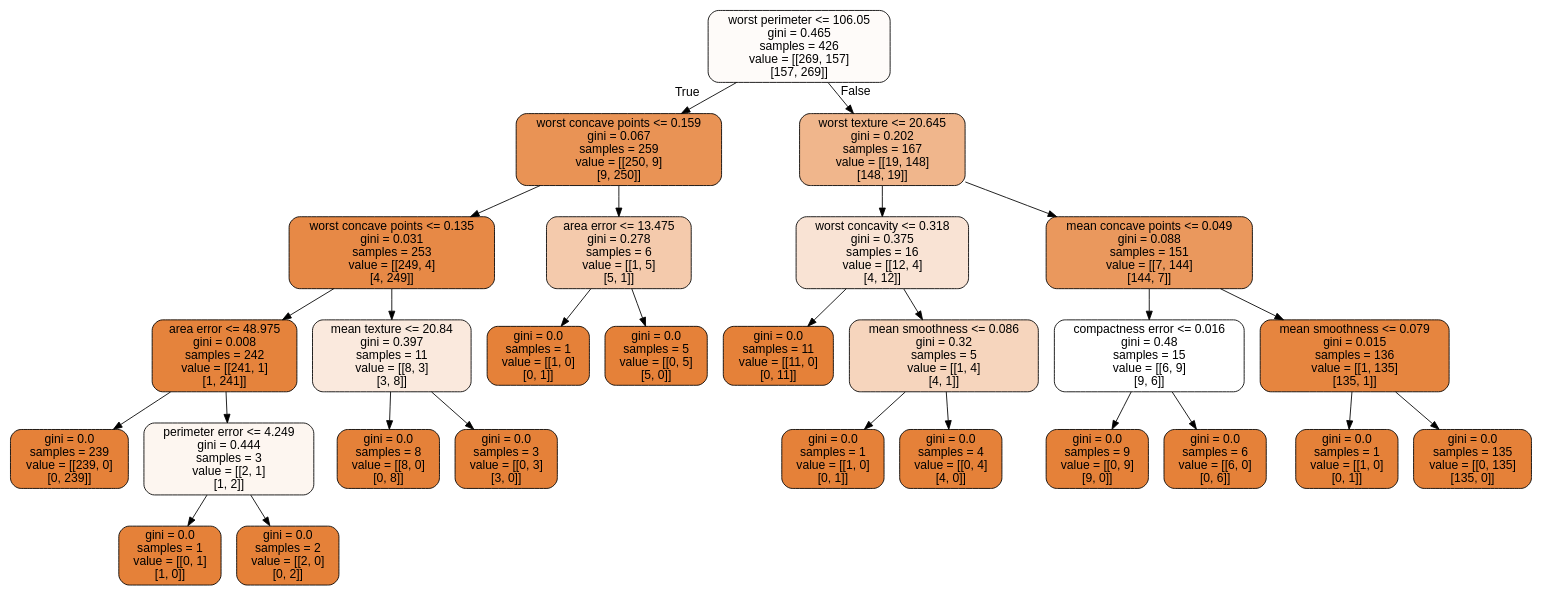
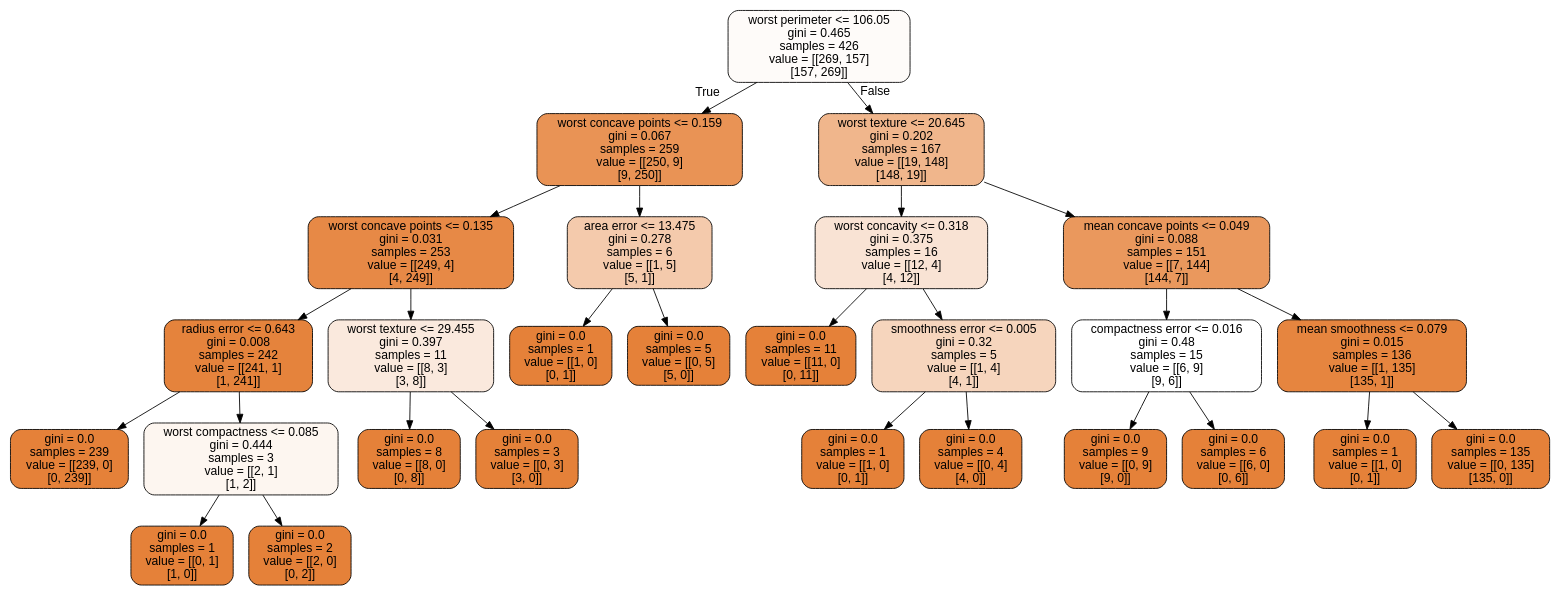
The diagram in doc/pub/week44/ipynb/Datafiles/cancer.dot (CompPhysics/MachineLearning), drawn with Graphviz before and after one commit. The commit also changed 14 other files, not shown here.

```diff
--- a/doc/pub/week44/ipynb/Datafiles/cancer.dot
+++ b/doc/pub/week44/ipynb/Datafiles/cancer.dot
@@ -1,57 +1,57 @@
 digraph Tree {
 node [shape=box, style="filled, rounded", color="black", fontname="helvetica"] ;
 edge [fontname="helvetica"] ;
 0 [label="worst perimeter <= 106.05\ngini = 0.465\nsamples = 426\nvalue = [[269, 157]\n[157, 269]]", fillcolor="#fefbf9"] ;
 1 [label="worst concave points <= 0.159\ngini = 0.067\nsamples = 259\nvalue = [[250, 9]\n[9, 250]]", fillcolor="#e99355"] ;
 0 -> 1 [labeldistance=2.5, labelangle=45, headlabel="True"] ;
 2 [label="worst concave points <= 0.135\ngini = 0.031\nsamples = 253\nvalue = [[249, 4]\n[4, 249]]", fillcolor="#e78946"] ;
 1 -> 2 ;
-3 [label="area error <= 48.975\ngini = 0.008\nsamples = 242\nvalue = [[241, 1]\n[1, 241]]", fillcolor="#e5833c"] ;
+3 [label="radius error <= 0.643\ngini = 0.008\nsamples = 242\nvalue = [[241, 1]\n[1, 241]]", fillcolor="#e5833c"] ;
 2 -> 3 ;
 4 [label="gini = 0.0\nsamples = 239\nvalue = [[239, 0]\n[0, 239]]", fillcolor="#e58139"] ;
 3 -> 4 ;
-5 [label="perimeter error <= 4.249\ngini = 0.444\nsamples = 3\nvalue = [[2, 1]\n[1, 2]]", fillcolor="#fdf6f0"] ;
+5 [label="worst compactness <= 0.085\ngini = 0.444\nsamples = 3\nvalue = [[2, 1]\n[1, 2]]", fillcolor="#fdf6f0"] ;
 3 -> 5 ;
 6 [label="gini = 0.0\nsamples = 1\nvalue = [[0, 1]\n[1, 0]]", fillcolor="#e58139"] ;
 5 -> 6 ;
 7 [label="gini = 0.0\nsamples = 2\nvalue = [[2, 0]\n[0, 2]]", fillcolor="#e58139"] ;
 5 -> 7 ;
-8 [label="mean texture <= 20.84\ngini = 0.397\nsamples = 11\nvalue = [[8, 3]\n[3, 8]]", fillcolor="#fae9dd"] ;
+8 [label="worst texture <= 29.455\ngini = 0.397\nsamples = 11\nvalue = [[8, 3]\n[3, 8]]", fillcolor="#fae9dd"] ;
 2 -> 8 ;
 9 [label="gini = 0.0\nsamples = 8\nvalue = [[8, 0]\n[0, 8]]", fillcolor="#e58139"] ;
 8 -> 9 ;
 10 [label="gini = 0.0\nsamples = 3\nvalue = [[0, 3]\n[3, 0]]", fillcolor="#e58139"] ;
 8 -> 10 ;
 11 [label="area error <= 13.475\ngini = 0.278\nsamples = 6\nvalue = [[1, 5]\n[5, 1]]", fillcolor="#f4caac"] ;
 1 -> 11 ;
 12 [label="gini = 0.0\nsamples = 1\nvalue = [[1, 0]\n[0, 1]]", fillcolor="#e58139"] ;
 11 -> 12 ;
 13 [label="gini = 0.0\nsamples = 5\nvalue = [[0, 5]\n[5, 0]]", fillcolor="#e58139"] ;
 11 -> 13 ;
 14 [label="worst texture <= 20.645\ngini = 0.202\nsamples = 167\nvalue = [[19, 148]\n[148, 19]]", fillcolor="#f0b68c"] ;
 0 -> 14 [labeldistance=2.5, labelangle=-45, headlabel="False"] ;
 15 [label="worst concavity <= 0.318\ngini = 0.375\nsamples = 16\nvalue = [[12, 4]\n[4, 12]]", fillcolor="#f9e3d4"] ;
 14 -> 15 ;
 16 [label="gini = 0.0\nsamples = 11\nvalue = [[11, 0]\n[0, 11]]", fillcolor="#e58139"] ;
 15 -> 16 ;
-17 [label="mean smoothness <= 0.086\ngini = 0.32\nsamples = 5\nvalue = [[1, 4]\n[4, 1]]", fillcolor="#f6d5bd"] ;
+17 [label="smoothness error <= 0.005\ngini = 0.32\nsamples = 5\nvalue = [[1, 4]\n[4, 1]]", fillcolor="#f6d5bd"] ;
 15 -> 17 ;
 18 [label="gini = 0.0\nsamples = 1\nvalue = [[1, 0]\n[0, 1]]", fillcolor="#e58139"] ;
 17 -> 18 ;
 19 [label="gini = 0.0\nsamples = 4\nvalue = [[0, 4]\n[4, 0]]", fillcolor="#e58139"] ;
 17 -> 19 ;
 20 [label="mean concave points <= 0.049\ngini = 0.088\nsamples = 151\nvalue = [[7, 144]\n[144, 7]]", fillcolor="#ea985d"] ;
 14 -> 20 ;
 21 [label="compactness error <= 0.016\ngini = 0.48\nsamples = 15\nvalue = [[6, 9]\n[9, 6]]", fillcolor="#ffffff"] ;
 20 -> 21 ;
 22 [label="gini = 0.0\nsamples = 9\nvalue = [[0, 9]\n[9, 0]]", fillcolor="#e58139"] ;
 21 -> 22 ;
 23 [label="gini = 0.0\nsamples = 6\nvalue = [[6, 0]\n[0, 6]]", fillcolor="#e58139"] ;
 21 -> 23 ;
 24 [label="mean smoothness <= 0.079\ngini = 0.015\nsamples = 136\nvalue = [[1, 135]\n[135, 1]]", fillcolor="#e6853f"] ;
 20 -> 24 ;
 25 [label="gini = 0.0\nsamples = 1\nvalue = [[1, 0]\n[0, 1]]", fillcolor="#e58139"] ;
 24 -> 25 ;
 26 [label="gini = 0.0\nsamples = 135\nvalue = [[0, 135]\n[135, 0]]", fillcolor="#e58139"] ;
 24 -> 26 ;
 }
```
